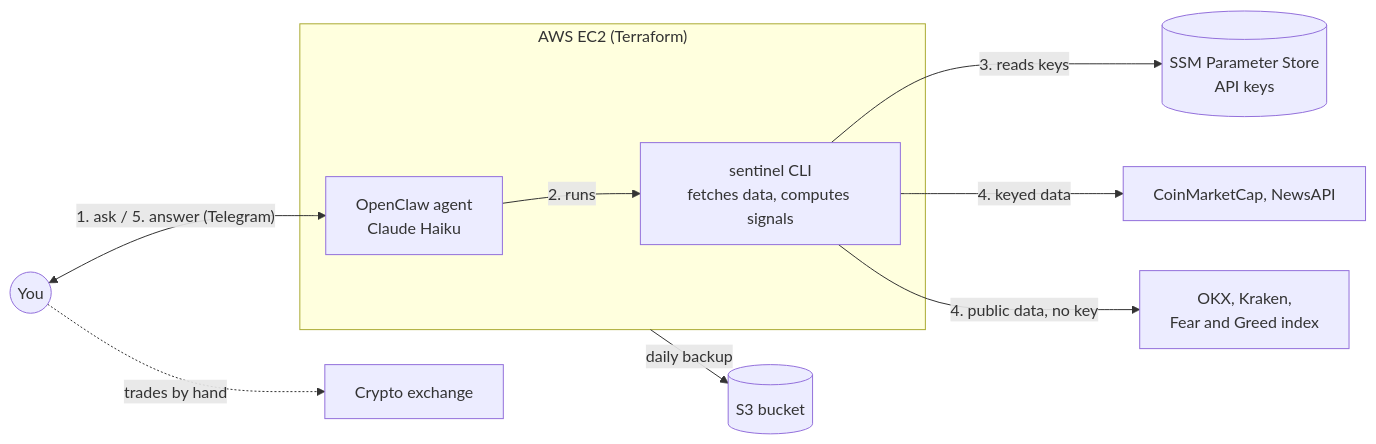
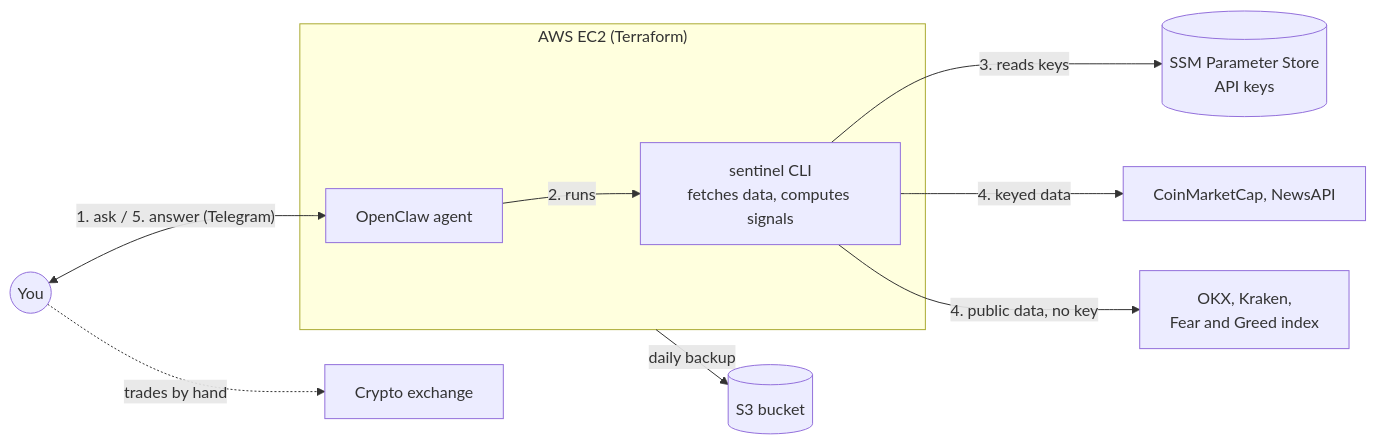
The diagram in README.md (beistroff/crypto_analytic), drawn with Mermaid before and after one commit.

Commit message:
docs: show the agent without a model name in the diagram

````diff
--- a/README.md
+++ b/README.md
@@ -9,14 +9,14 @@
 ```mermaid
 flowchart LR
     User(("You")) <-->|"1. ask / 5. answer (Telegram)"| Agent
 
     subgraph EC2["AWS EC2 (Terraform)"]
-        Agent["OpenClaw agent<br/>Claude Haiku"] -->|"2. runs"| Sentinel["sentinel CLI<br/>fetches data, computes signals"]
+        Agent["OpenClaw agent"] -->|"2. runs"| Sentinel["sentinel CLI<br/>fetches data, computes signals"]
     end
 
     Sentinel -->|"3. reads keys"| SSM[("SSM Parameter Store<br/>API keys")]
     Sentinel -->|"4. keyed data"| Keyed["CoinMarketCap, NewsAPI"]
     Sentinel -->|"4. public data, no key"| Public["OKX, Kraken,<br/>Fear and Greed index"]
     EC2 -->|"daily backup"| S3[("S3 bucket")]
     User -.->|"trades by hand"| Exchange["Crypto exchange"]
 ```
````
